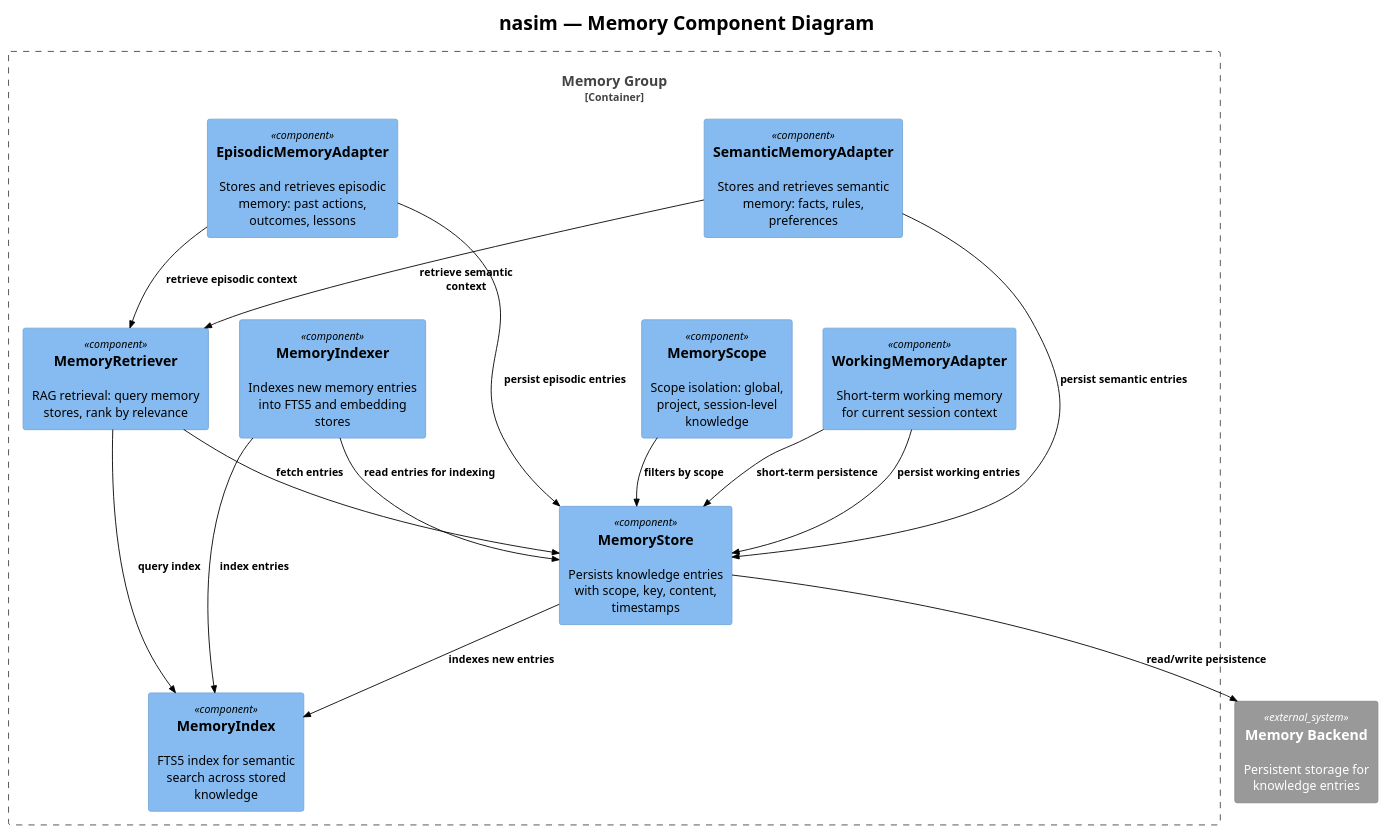
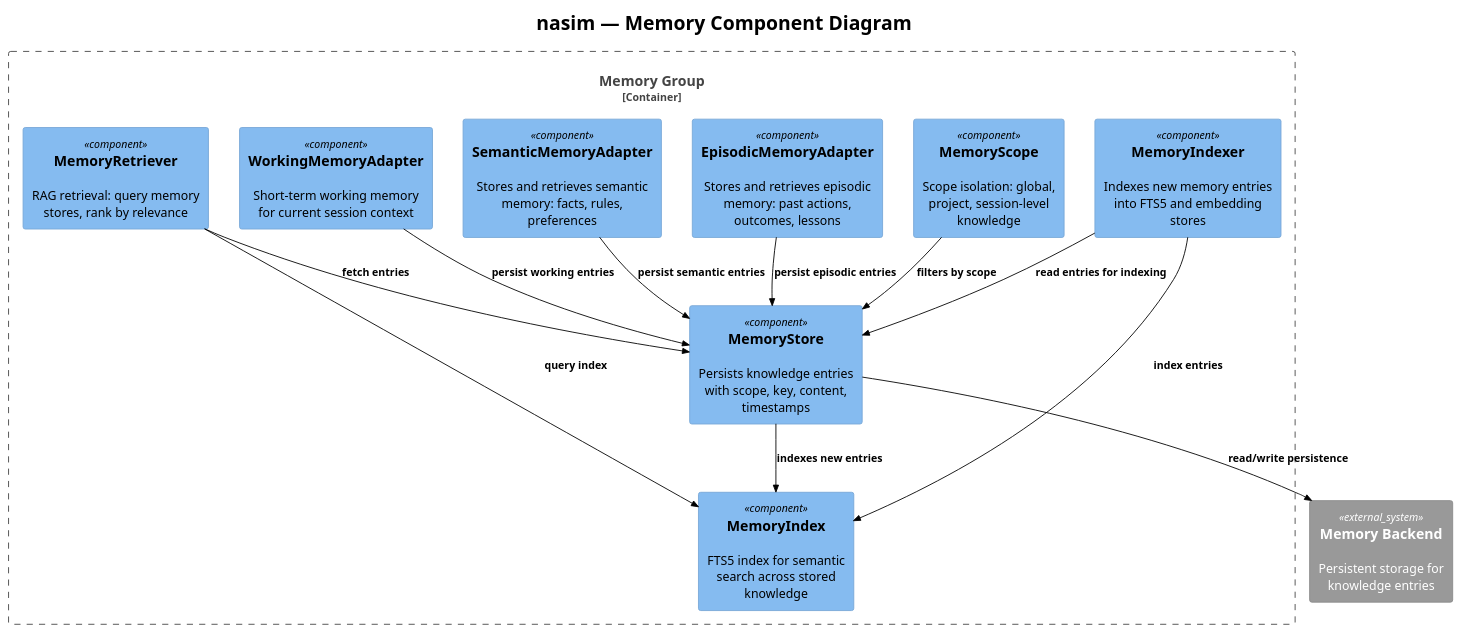
One commit to salimnamvar/nasim changed diagram 16 of 25 in C4.md. Above: the diagram before and after it, drawn with PlantUML. The commit also changed other lines of this file and 5 other files, not shown here.

First line of the commit message:
docs: Refactor state machine and use case diagrams for clarity and consistency

```diff
--- a/C4.md
+++ b/C4.md
@@ -881,45 +916,42 @@
 @startuml c4_nasim_component_memory
 !include https://raw.githubusercontent.com/plantuml-stdlib/C4-PlantUML/v2.10.0/C4_Component.puml
 !theme plain
 
 
 ' ============================================================
 ' Title:     nasim — Memory Component Diagram
 ' Boundary:  nasim core library — Memory group
 ' Purpose:   Cross-session knowledge persistence, retrieval, and RAG adapters
 ' Milestone: v1.0
 ' Version:   6.0.0
 ' Source:    docs/audit/audit.2026.06.20.deep.domain.audit.md
 ' Review:    —
 ' ============================================================
 
 title nasim — Memory Component Diagram
 
 Container_Boundary(memory_boundary, "Memory Group") {
     Component(memory_store, "MemoryStore", "", "Persists knowledge entries with scope, key, content, timestamps")
     Component(memory_index, "MemoryIndex", "", "FTS5 index for semantic search across stored knowledge")
     Component(memory_scope, "MemoryScope", "", "Scope isolation: global, project, session-level knowledge")
     Component(episodic_mem_adapter, "EpisodicMemoryAdapter", "", "Stores and retrieves episodic memory: past actions, outcomes, lessons")
     Component(semantic_mem_adapter, "SemanticMemoryAdapter", "", "Stores and retrieves semantic memory: facts, rules, preferences")
     Component(working_mem_adapter, "WorkingMemoryAdapter", "", "Short-term working memory for current session context")
     Component(memory_retriever, "MemoryRetriever", "", "RAG retrieval: query memory stores, rank by relevance")
     Component(memory_indexer, "MemoryIndexer", "", "Indexes new memory entries into FTS5 and embedding stores")
 }
 
 System_Ext(memory_backend, "Memory Backend", "Persistent storage for knowledge entries")
 
 Rel(memory_store, memory_index, "indexes new entries")
 Rel(memory_store, memory_backend, "read/write persistence")
 Rel(memory_scope, memory_store, "filters by scope")
 Rel(episodic_mem_adapter, memory_store, "persist episodic entries")
 Rel(semantic_mem_adapter, memory_store, "persist semantic entries")
 Rel(working_mem_adapter, memory_store, "persist working entries")
 Rel(memory_retriever, memory_index, "query index")
 Rel(memory_retriever, memory_store, "fetch entries")
 Rel(memory_indexer, memory_index, "index entries")
 Rel(memory_indexer, memory_store, "read entries for indexing")
-Rel(episodic_mem_adapter, memory_retriever, "retrieve episodic context")
-Rel(semantic_mem_adapter, memory_retriever, "retrieve semantic context")
-Rel(working_mem_adapter, memory_store, "short-term persistence")
 
 @enduml
```
